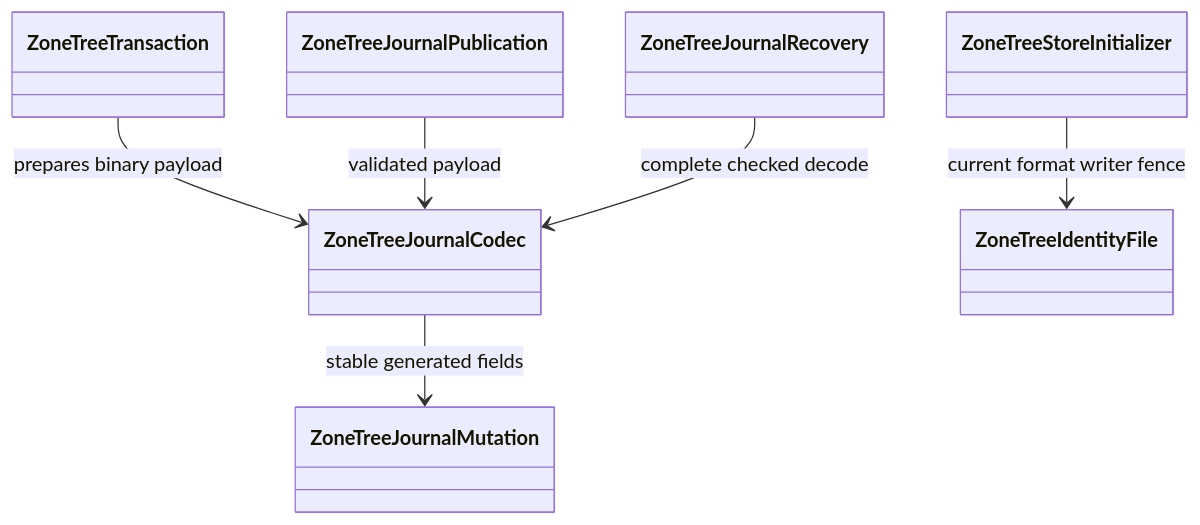
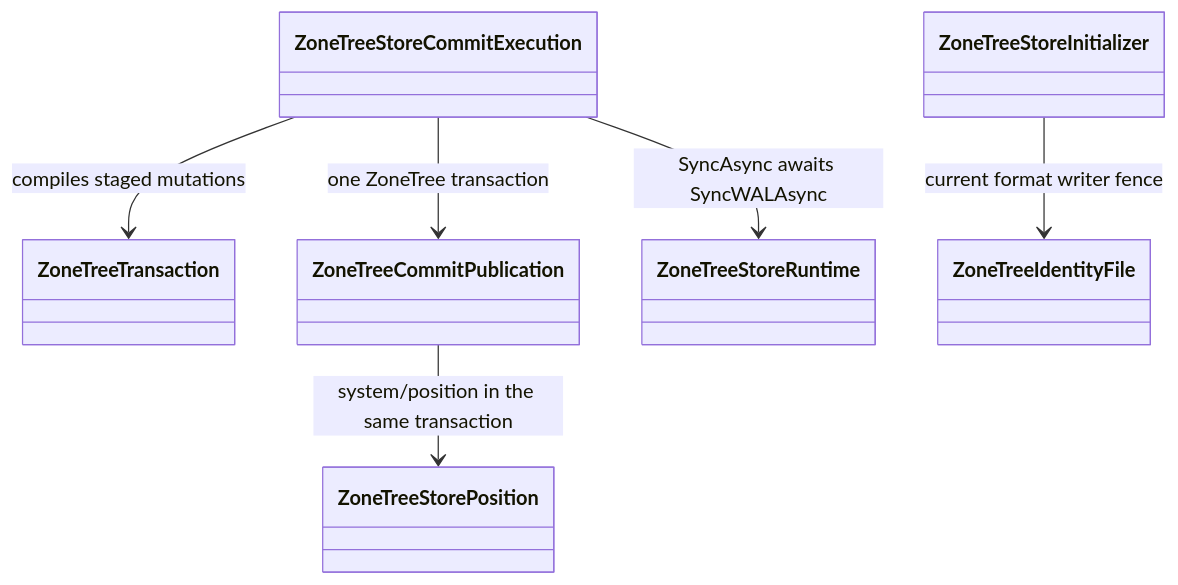
Diagram 11 of 26 in docs/Architecture.md (managedcode/KeyLoad), drawn with Mermaid before and after one commit. The commit also changed other lines of this file and 1072 other files, not shown here.

First line of the commit message:
Use native ZoneTree storage, snapshots and backup operations

````diff
--- a/docs/Architecture.md
+++ b/docs/Architecture.md
@@ -449,8 +455,8 @@
 ```mermaid
 classDiagram
-    ZoneTreeTransaction --> ZoneTreeJournalCodec : prepares binary payload
-    ZoneTreeJournalPublication --> ZoneTreeJournalCodec : validated payload
-    ZoneTreeJournalRecovery --> ZoneTreeJournalCodec : complete checked decode
-    ZoneTreeJournalCodec --> ZoneTreeJournalMutation : stable generated fields
+    ZoneTreeStoreCommitExecution --> ZoneTreeTransaction : compiles staged mutations
+    ZoneTreeStoreCommitExecution --> ZoneTreeCommitPublication : one ZoneTree transaction
+    ZoneTreeCommitPublication --> ZoneTreeStorePosition : system/position in the same transaction
+    ZoneTreeStoreCommitExecution --> ZoneTreeStoreRuntime : SyncAsync awaits SyncWALAsync
     ZoneTreeStoreInitializer --> ZoneTreeIdentityFile : current format writer fence
 ```
````
